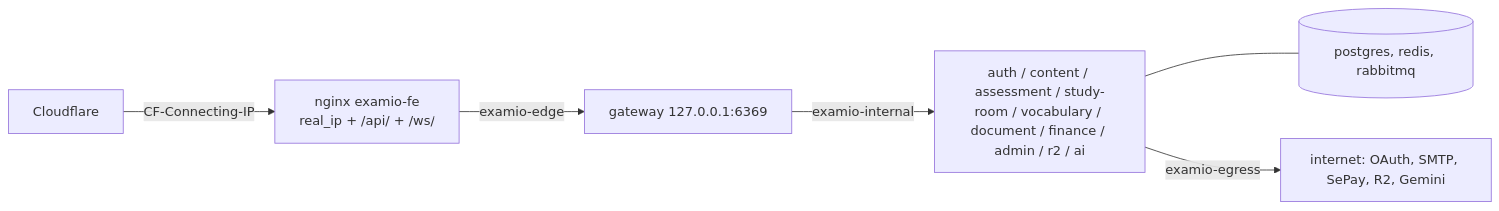
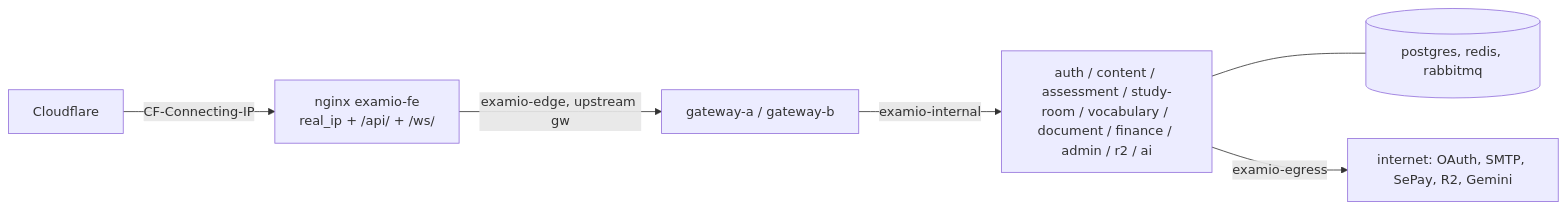
The ninth of 9 diagrams in docs/system/architecture.md (tgiap04/examio), drawn with Mermaid before and after one commit. The commit also changed other lines of this file and 7 other files, not shown here.

````diff
--- a/docs/system/architecture.md
+++ b/docs/system/architecture.md
@@ -569,8 +578,8 @@
 ```mermaid
 graph LR
     CF[Cloudflare] -->|CF-Connecting-IP| NGX[nginx examio-fe<br/>real_ip + /api/ + /ws/]
-    NGX -->|examio-edge| GW[gateway 127.0.0.1:6369]
+    NGX -->|examio-edge, upstream gw| GW[gateway-a / gateway-b]
     GW -->|examio-internal| SVC[auth / content / assessment / study-room / vocabulary / document / finance / admin / r2 / ai]
     SVC --- DATA[(postgres, redis, rabbitmq)]
     SVC -->|examio-egress| NET[internet: OAuth, SMTP, SePay, R2, Gemini]
 ```
````
